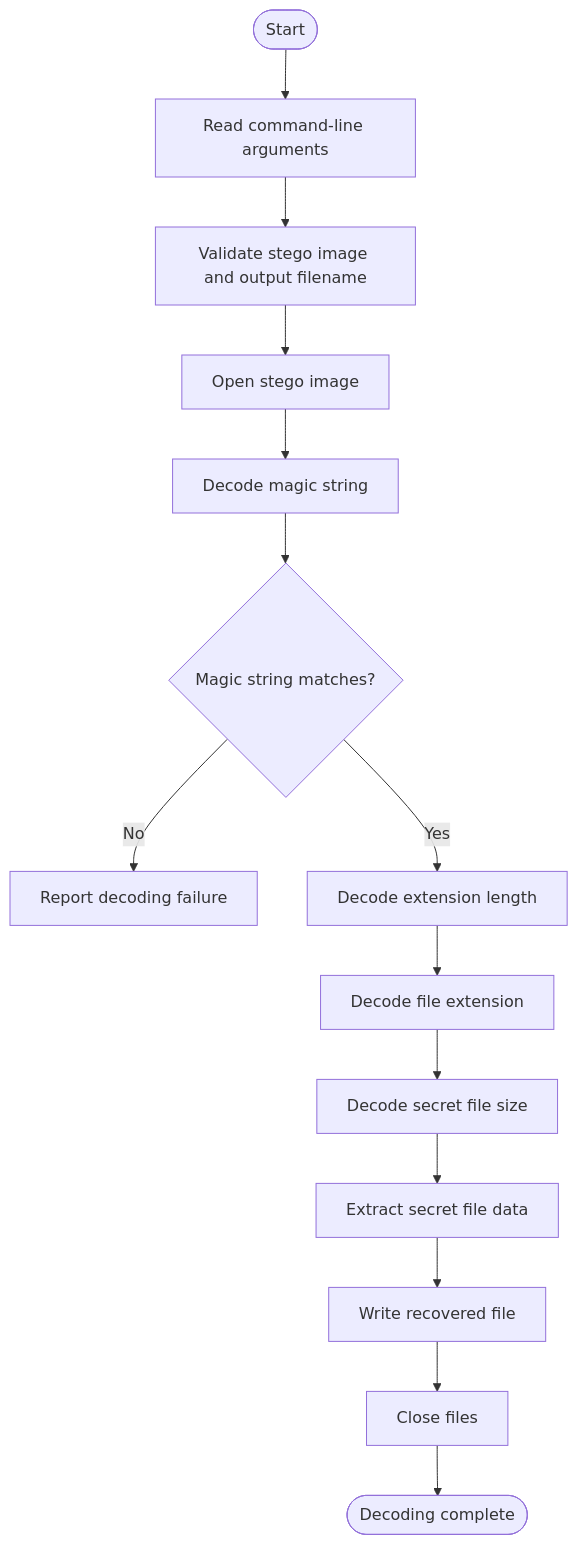
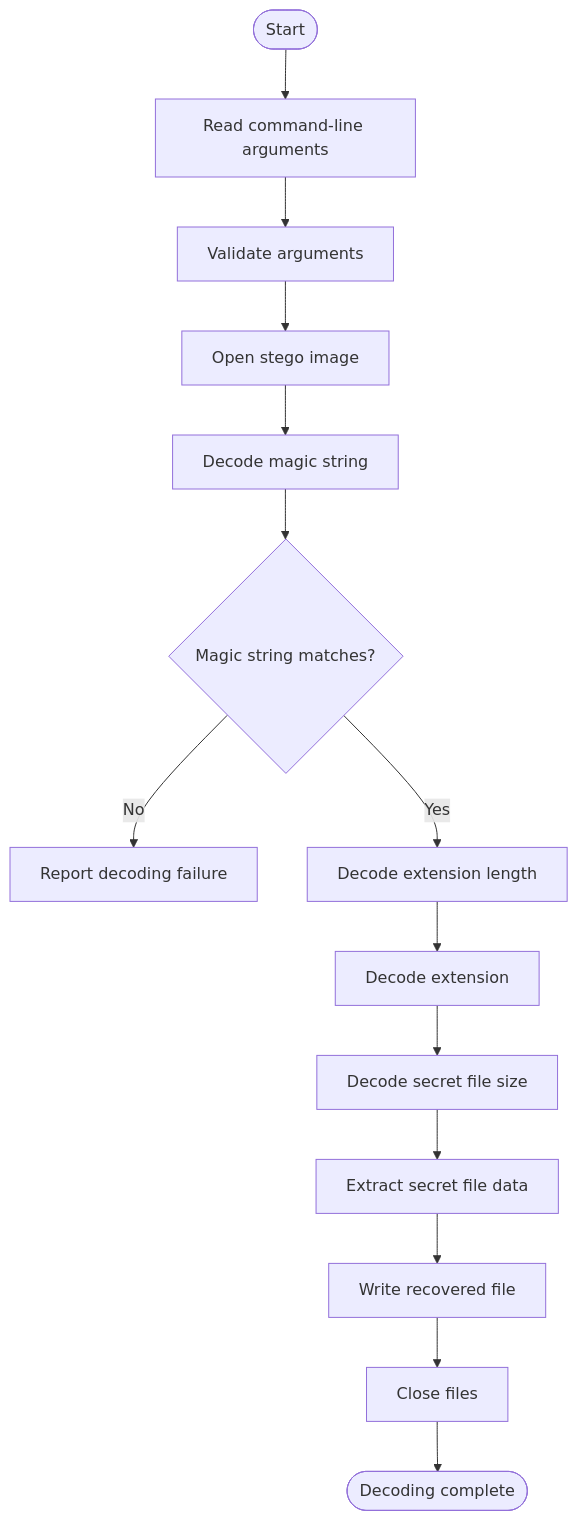
The second of 2 diagrams in README.md (uppalapati-Ajay/Image-Steganography-in-C), drawn with Mermaid before and after one commit. The commit also changed other lines of this file, not shown here.

````diff
--- a/README.md
+++ b/README.md
@@ -256,16 +239,16 @@
 ```mermaid
 flowchart TD
     A([Start]) --> B[Read command-line arguments]
-    B --> C[Validate stego image and output filename]
+    B --> C[Validate arguments]
     C --> D[Open stego image]
     D --> E[Decode magic string]
     E --> F{Magic string matches?}
     F -- No --> G[Report decoding failure]
     F -- Yes --> H[Decode extension length]
-    H --> I[Decode file extension]
+    H --> I[Decode extension]
     I --> J[Decode secret file size]
     J --> K[Extract secret file data]
     K --> L[Write recovered file]
     L --> M[Close files]
     M --> N([Decoding complete])
 ```
````
